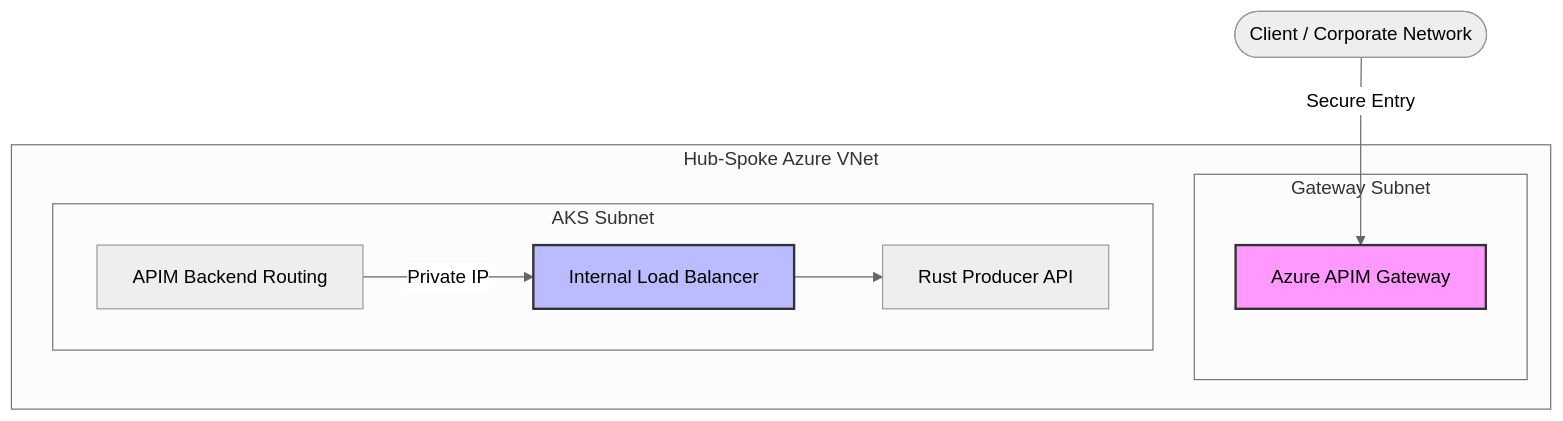
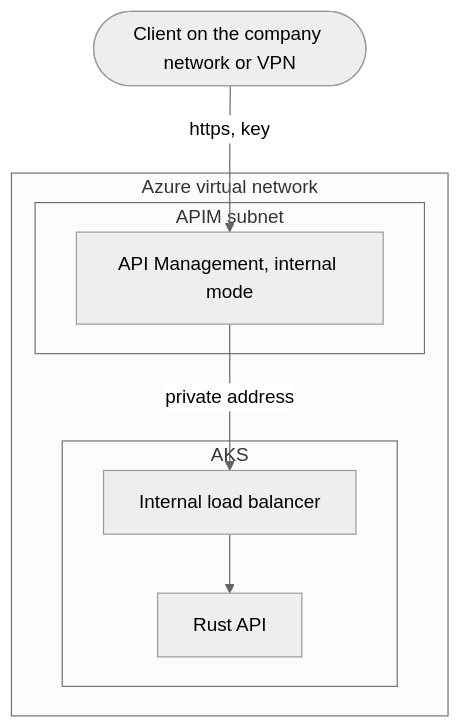
Before and after one commit to jonathanmuk/Visual-Document-Understanding-Pipeline: the diagram in docs/aks_deployment.md, drawn with Mermaid (neutral theme). The commit also changed other lines of this file and 119 other files, not shown here.

````diff
--- a/docs/aks_deployment.md
+++ b/docs/aks_deployment.md
@@ -436,16 +689,13 @@
 ```mermaid
 graph TD
-    Client([Client / Corporate Network]) -- "Secure Entry" --> Gateway
-    subgraph "Hub-Spoke Azure VNet"
-        subgraph "Gateway Subnet"
-            Gateway[Azure APIM Gateway]
+    Client([Client on the company network or VPN]) -- "https, key" --> Gateway
+    subgraph "Azure virtual network"
+        subgraph "APIM subnet"
+            Gateway[API Management, internal mode]
         end
-        subgraph "AKS Subnet"
-            APIM_Backend[APIM Backend Routing] -- "Private IP" --> ILB[Internal Load Balancer]
-            ILB --> RustAPI[Rust Producer API]
+        subgraph "AKS"
+            ILB[Internal load balancer] --> RustAPI[Rust API]
         end
+        Gateway -- "private address" --> ILB
     end
-    
-    style Gateway fill:#f9f,stroke:#333,stroke-width:2px
-    style ILB fill:#bbf,stroke:#333,stroke-width:2px
 ```
````
